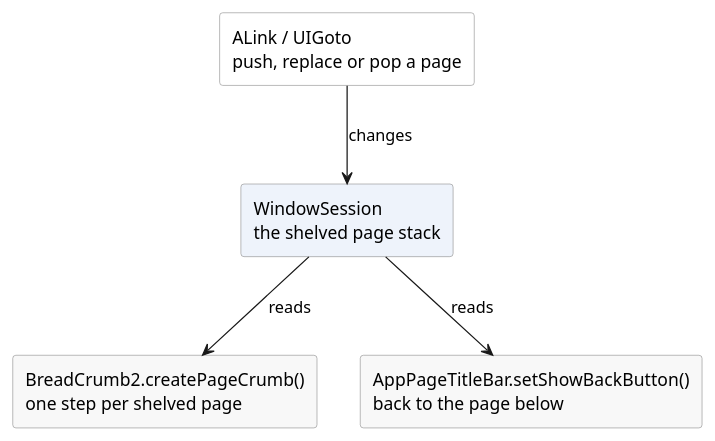
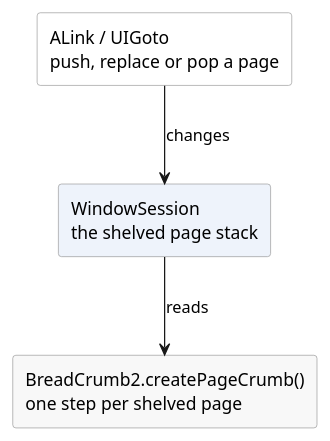
One commit to fjalvingh/domui.github.io changed the diagram in site/content/components/90-navigation/index.md. Above: the diagram before and after it, drawn with PlantUML. The commit also changed other lines of this file and 16 other files, not shown here.

````diff
--- a/site/content/components/90-navigation/index.md
+++ b/site/content/components/90-navigation/index.md
@@ -39,17 +38,15 @@
 ```plantuml svg title="The page stack, and the components that show it"
 @startuml
 skinparam shadowing false
 skinparam rectangle {
   BackgroundColor #f8f8f8
   BorderColor #909090
 }
 rectangle "WindowSession\nthe shelved page stack" as WS #eef3fb
 rectangle "BreadCrumb2.createPageCrumb()\none step per shelved page" as BC
-rectangle "AppPageTitleBar.setShowBackButton()\nback to the page below" as TB
 rectangle "ALink / UIGoto\npush, replace or pop a page" as AL #ffffff
 
 WS --> BC : reads
-WS --> TB : reads
 AL --> WS : changes
 @enduml
 ```
````
